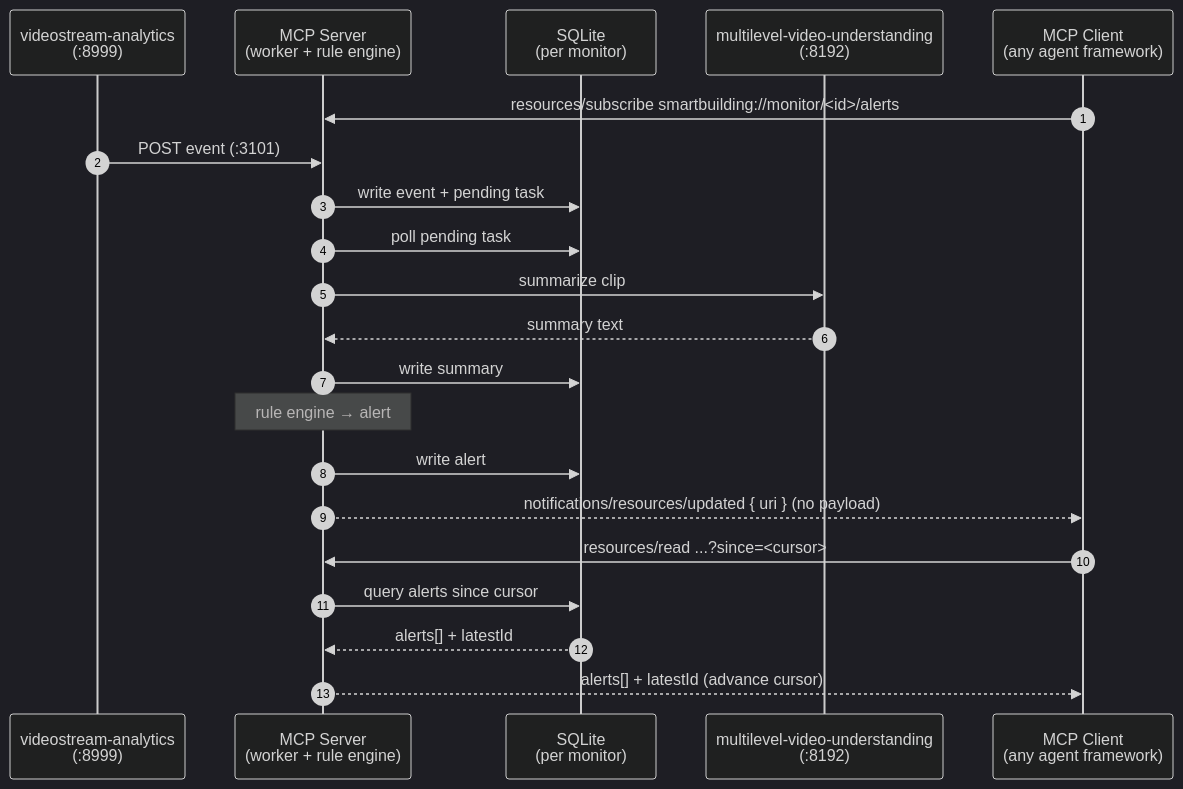
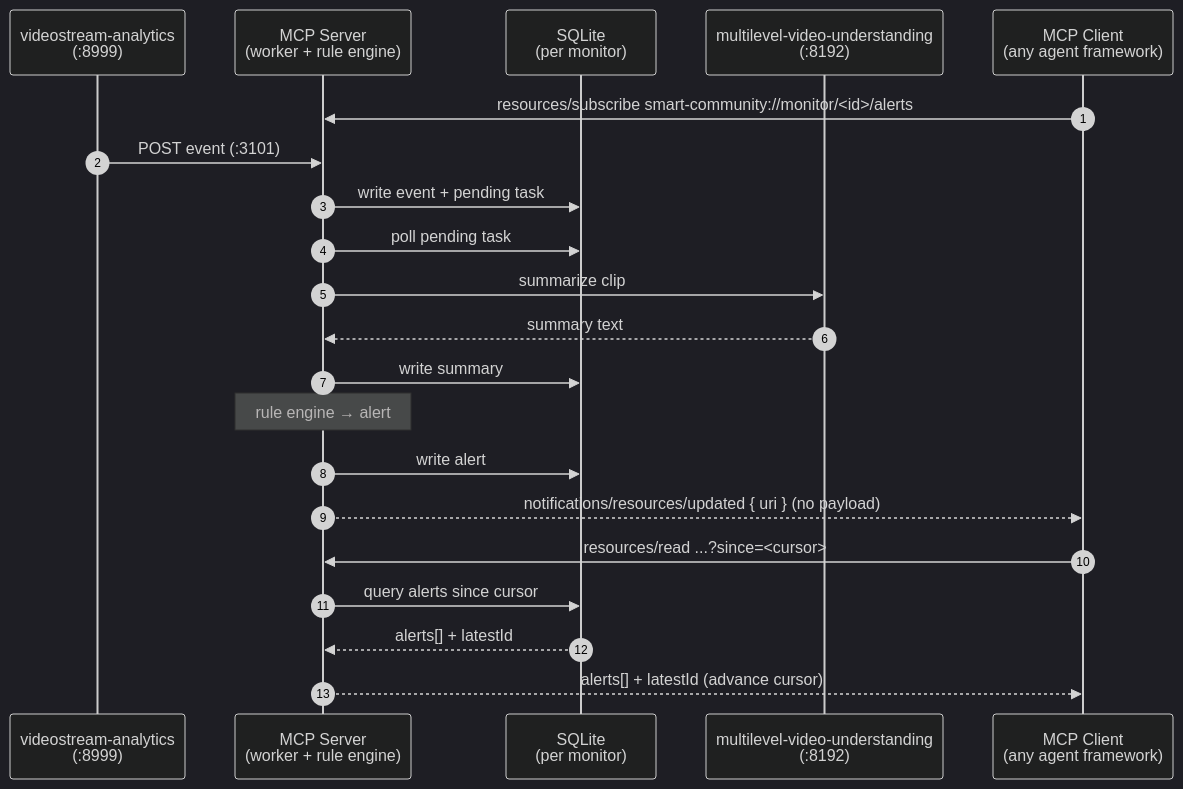
The diagram in agentic-smart-community/docs/user-guide/how-it-works.md (jbuksinski-intel/metro-ai-suite), drawn with Mermaid before and after one commit. The commit also changed other lines of this file and 119 other files, not shown here.

Commit message:
[Agentic-Smart-Community] Standardize naming globally (#3684)

````diff
--- a/agentic-smart-community/docs/user-guide/how-it-works.md
+++ b/agentic-smart-community/docs/user-guide/how-it-works.md
@@ -53,28 +53,28 @@
 ```mermaid
 ---
 config: {"theme": "dark"}
 ---
 sequenceDiagram
     autonumber
     participant Analytics as videostream-analytics<br/>(:8999)
     participant Server as MCP Server<br/>(worker + rule engine)
     participant DB as SQLite<br/>(per monitor)
     participant Summary as multilevel-video-understanding<br/>(:8192)
     participant Client as MCP Client<br/>(any agent framework)
 
-    Client->>Server: resources/subscribe  smartbuilding://monitor/<id>/alerts
+    Client->>Server: resources/subscribe  smart-community://monitor/<id>/alerts
 
     Analytics->>Server: POST event (:3101)
     Server->>DB: write event + pending task
     Server->>DB: poll pending task
     Server->>Summary: summarize clip
     Summary-->>Server: summary text
     Server->>DB: write summary
     Note over Server: rule engine → alert
     Server->>DB: write alert
     Server-->>Client: notifications/resources/updated { uri }  (no payload)
     Client->>Server: resources/read  ...?since=<cursor>
     Server->>DB: query alerts since cursor
     DB-->>Server: alerts[] + latestId
     Server-->>Client: alerts[] + latestId  (advance cursor)
 ```
````
